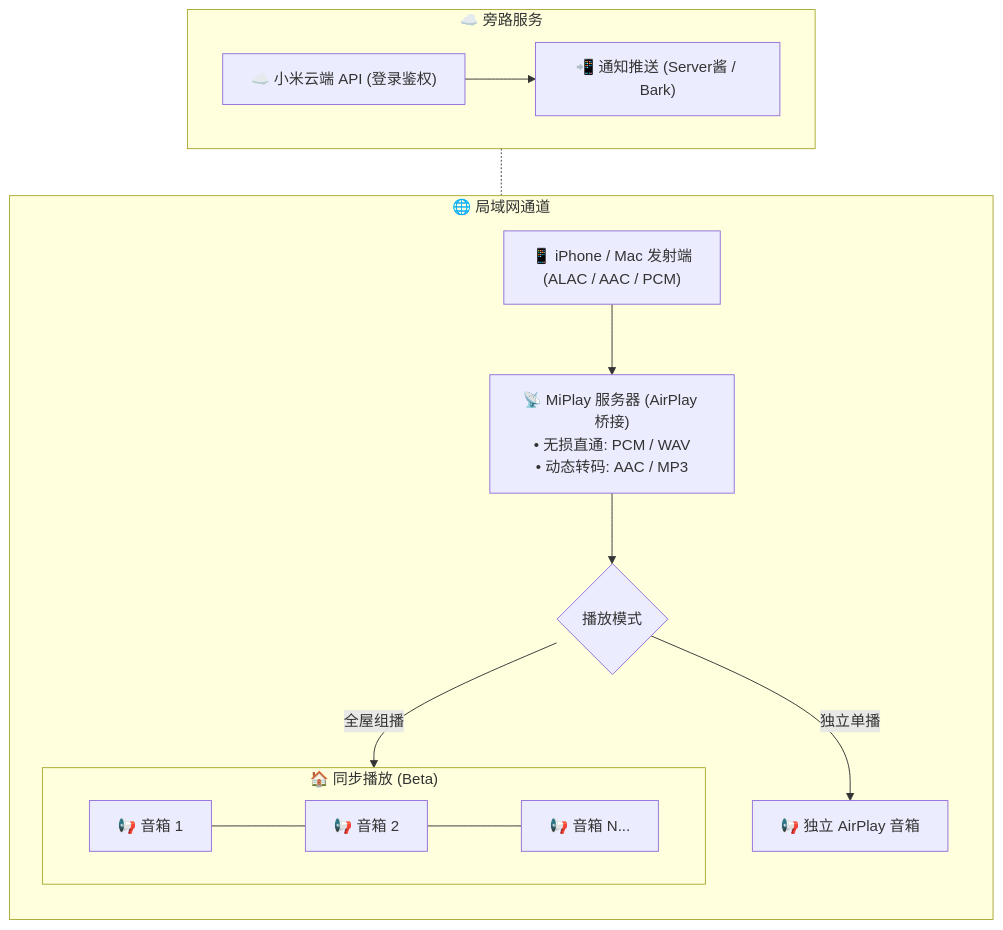
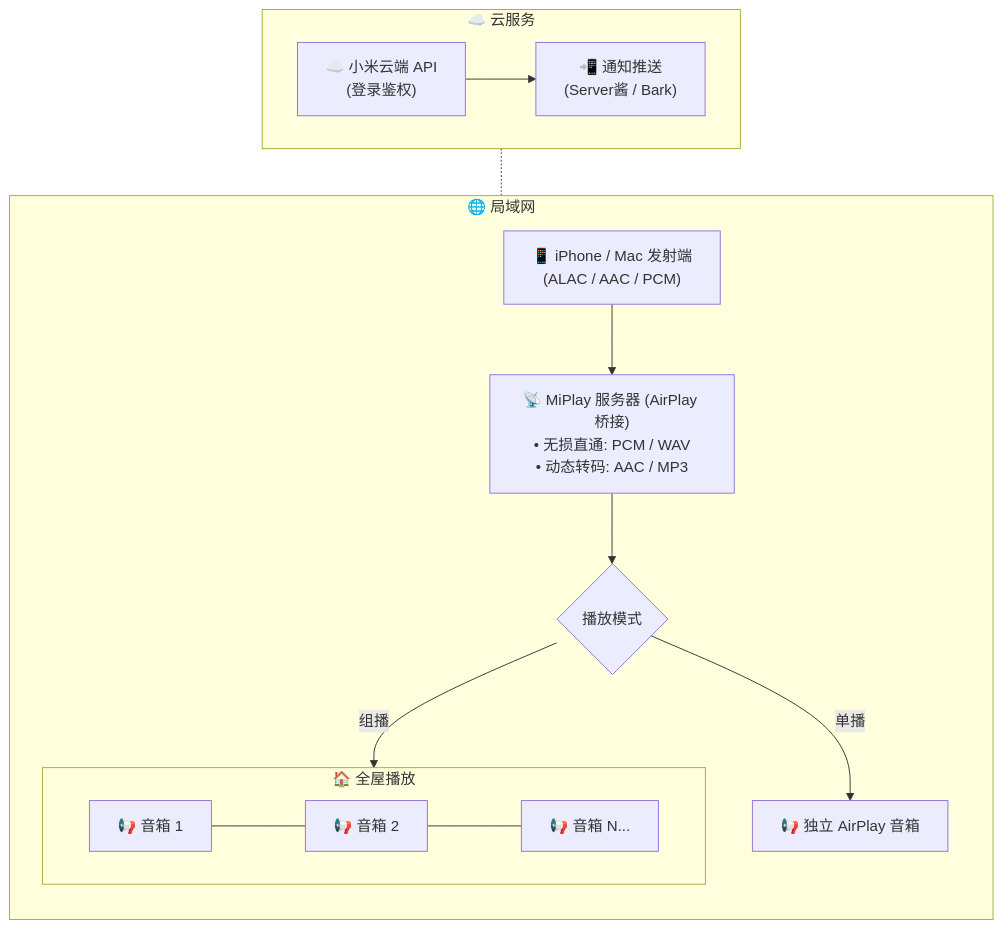
The diagram in README.md (juneix/MiPlay2), drawn with Mermaid before and after one commit. The commit also changed other lines of this file, not shown here.

Commit message:
首次提交

````diff
--- a/README.md
+++ b/README.md
@@ -40,23 +40,23 @@
 ```mermaid
 flowchart TD
-    subgraph Side ["☁️ 旁路服务"]
+    subgraph Side ["☁️ 云服务"]
         direction LR
-        Cloud["☁️ 小米云端 API (登录鉴权)"] --> Notify["📲 通知推送 (Server酱 / Bark)"]
+        Cloud["☁️ 小米云端 API<br/>(登录鉴权)"] --> Notify["📲 通知推送<br/> (Server酱 / Bark)"]
     end
 
-    subgraph LAN ["🌐 局域网通道"]
+    subgraph LAN ["🌐 局域网"]
         direction TD
         A["📱 iPhone / Mac 发射端<br/>(ALAC / AAC / PCM)"] --> B["📡 MiPlay 服务器 (AirPlay 桥接)<br/>• 无损直通: PCM / WAV<br/>• 动态转码: AAC / MP3"]
         B --> C{"播放模式"}
         
-        C -->|独立单播| D["📢 独立 AirPlay 音箱"]
-        C -->|全屋组播| E
+        C -->|单播| D["📢 独立 AirPlay 音箱"]
+        C -->|组播| E
         
-        subgraph E ["🏠 同步播放 (Beta)"]
+        subgraph E ["🏠 全屋播放"]
             direction LR
             E1["📢 音箱 1"] --- E2["📢 音箱 2"] --- E3["📢 音箱 N..."]
         end
     end
 
     Side -.- LAN
 ```
````
